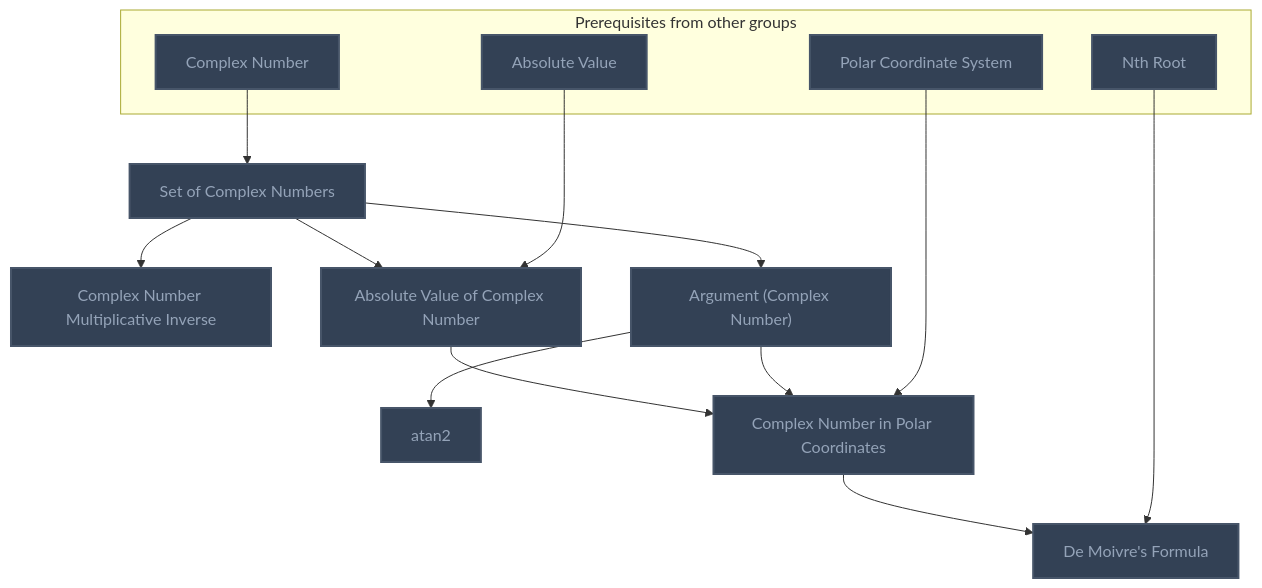
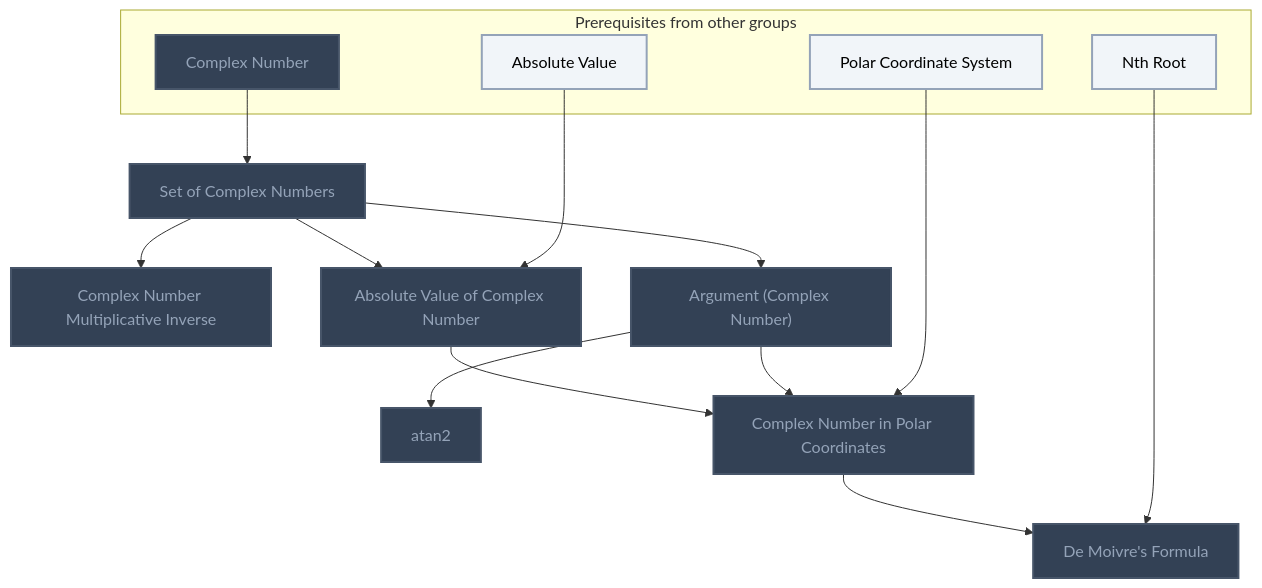
One commit to MRauf1/My-Notes changed the first of 19 diagrams in Gamification/Skill Trees/Complex Analysis.md. Above: the diagram before and after it, drawn with Mermaid. The commit also changed other lines of this file and 156 other files, not shown here.

````diff
--- a/Gamification/Skill Trees/Complex Analysis.md
+++ b/Gamification/Skill Trees/Complex Analysis.md
@@ -14,38 +14,39 @@
 ```mermaid
 flowchart TD
     classDef planned fill:#1E293B,stroke:#64748B,stroke-width:2px,stroke-dasharray:5 5,color:#94A3B8;
     classDef locked fill:#334155,stroke:#475569,stroke-width:2px,color:#94A3B8;
     classDef L0 fill:#F1F5F9,stroke:#94A3B8,stroke-width:2px,color:#000000;
     classDef L1 fill:#22C55E,stroke:#15803D,stroke-width:2px,color:#000000;
     classDef L2 fill:#3B82F6,stroke:#1D4ED8,stroke-width:3px,color:#FFFFFF;
     classDef L3 fill:#A855F7,stroke:#6B21A8,stroke-width:3px,color:#FFFFFF,font-weight:bold;
     classDef L4 fill:#F97316,stroke:#C2410C,stroke-width:4px,color:#000000,font-weight:bold;
     classDef L5 fill:#FFD700,stroke:#FF8C00,stroke-width:5px,color:#000000,font-weight:bold;
     classDef rusty stroke:#8B4513,stroke-width:4px,stroke-dasharray:3 3;
     subgraph sg_prereqs["Prerequisites from other groups"]
         n_complex_number["Complex Number"]
         n_absolute_value["Absolute Value"]
         n_polar_coordinate_system["Polar Coordinate System"]
         n_nth_root["Nth Root"]
     end
     n_set_of_complex_numbers["Set of Complex Numbers"]
     n_complex_number_multiplicative_inverse["Complex Number Multiplicative Inverse"]
     n_absolute_value_of_complex_number["Absolute Value of Complex Number"]
     n_argument_complex_number["Argument (Complex Number)"]
     n_atan2["atan2"]
     n_complex_number_in_polar_coordinates["Complex Number in Polar Coordinates"]
     n_de_moivre_s_formula["De Moivre's Formula"]
     n_complex_number --> n_set_of_complex_numbers
     n_set_of_complex_numbers --> n_complex_number_multiplicative_inverse
     n_set_of_complex_numbers --> n_absolute_value_of_complex_number
     n_absolute_value --> n_absolute_value_of_complex_number
     n_set_of_complex_numbers --> n_argument_complex_number
     n_argument_complex_number --> n_atan2
     n_absolute_value_of_complex_number --> n_complex_number_in_polar_coordinates
     n_argument_complex_number --> n_complex_number_in_polar_coordinates
     n_polar_coordinate_system --> n_complex_number_in_polar_coordinates
     n_complex_number_in_polar_coordinates --> n_de_moivre_s_formula
     n_nth_root --> n_de_moivre_s_formula
-    class n_complex_number,n_absolute_value,n_polar_coordinate_system,n_nth_root,n_set_of_complex_numbers,n_complex_number_multiplicative_inverse,n_absolute_value_of_complex_number,n_argument_complex_number,n_atan2,n_complex_number_in_polar_coordinates,n_de_moivre_s_formula locked;
+    class n_complex_number,n_set_of_complex_numbers,n_complex_number_multiplicative_inverse,n_absolute_value_of_complex_number,n_argument_complex_number,n_atan2,n_complex_number_in_polar_coordinates,n_de_moivre_s_formula locked;
+    class n_absolute_value,n_polar_coordinate_system,n_nth_root L0;
     class n_complex_number,n_absolute_value,n_polar_coordinate_system,n_nth_root,n_set_of_complex_numbers,n_complex_number_multiplicative_inverse,n_absolute_value_of_complex_number,n_argument_complex_number,n_atan2,n_complex_number_in_polar_coordinates,n_de_moivre_s_formula internal-link;
 ```
````
